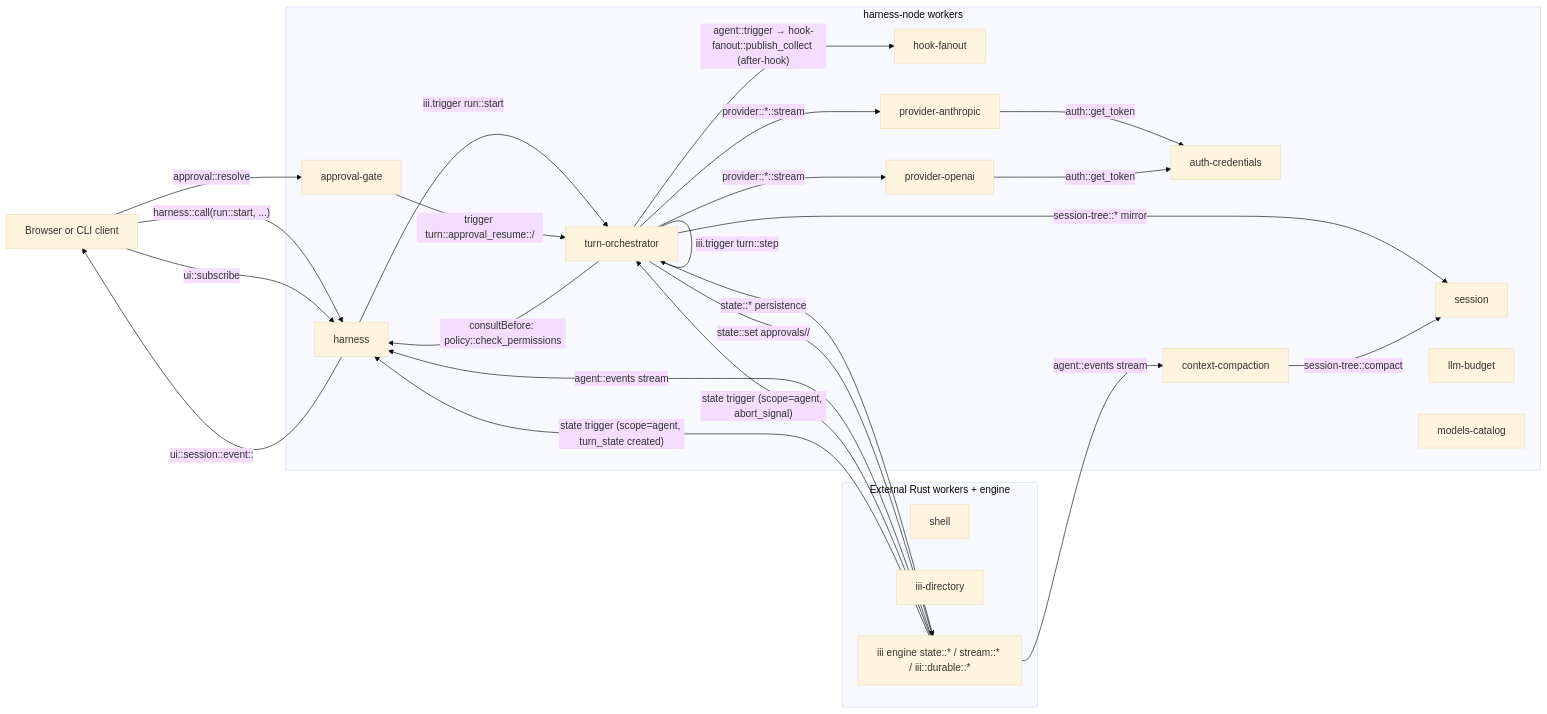
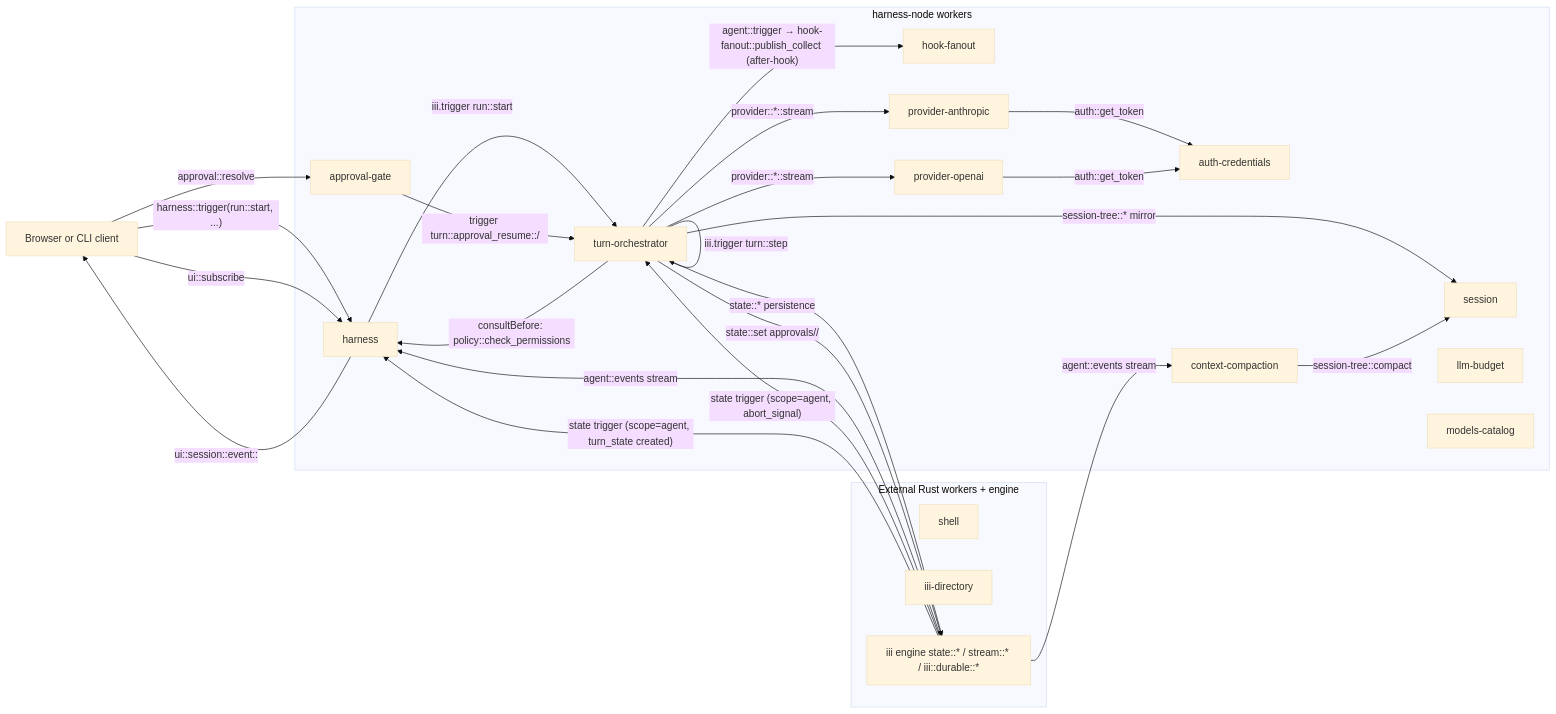
Before and after one commit to iii-hq/workers: the first of 5 diagrams in harness-node/docs/architecture.md, drawn with Mermaid (base theme). The commit also changed other lines of this file and 3 other files, not shown here.

````diff
--- a/harness-node/docs/architecture.md
+++ b/harness-node/docs/architecture.md
@@ -35,50 +35,50 @@
 ```mermaid
 flowchart LR
   client[Browser or CLI client]
 
   subgraph harnessNode [harness-node workers]
     harness[harness]
     turnOrch[turn-orchestrator]
     approval[approval-gate]
     session[session]
     budget[llm-budget]
     hook[hook-fanout]
     auth[auth-credentials]
     models[models-catalog]
     provAnth[provider-anthropic]
     provOAI[provider-openai]
     compact[context-compaction]
   end
 
   subgraph external [External Rust workers + engine]
     shell[shell]
     directory[iii-directory]
     state["iii engine state::* / stream::* / iii::durable::*"]
   end
 
-  client -- "harness::call(run::start, ...)" --> harness
+  client -- "harness::trigger(run::start, ...)" --> harness
   harness -- "iii.trigger run::start" --> turnOrch
   client -- "ui::subscribe" --> harness
 
   turnOrch -- "provider::*::stream" --> provAnth
   turnOrch -- "provider::*::stream" --> provOAI
   turnOrch -- "consultBefore: policy::check_permissions" --> harness
   turnOrch -- "agent::trigger → hook-fanout::publish_collect (after-hook)" --> hook
   turnOrch -- "session-tree::* mirror" --> session
   turnOrch -- "state::* persistence" --> state
 
   client -- "approval::resolve" --> approval
   approval -- "trigger turn::approval_resume::<sid>/<cid>" --> turnOrch
   turnOrch -- "state::set approvals/<sid>/<cid>" --> state
   turnOrch -- "iii.trigger turn::step" --> turnOrch
 
   provAnth -- "auth::get_token" --> auth
   provOAI -- "auth::get_token" --> auth
 
   state -- "agent::events stream" --> harness
   state -- "agent::events stream" --> compact
   state -- "state trigger (scope=agent, abort_signal)" --> turnOrch
   state -- "state trigger (scope=agent, turn_state created)" --> harness
   harness -- "ui::session::event::<browser_id>" --> client
   compact -- "session-tree::compact" --> session
 ```
````
